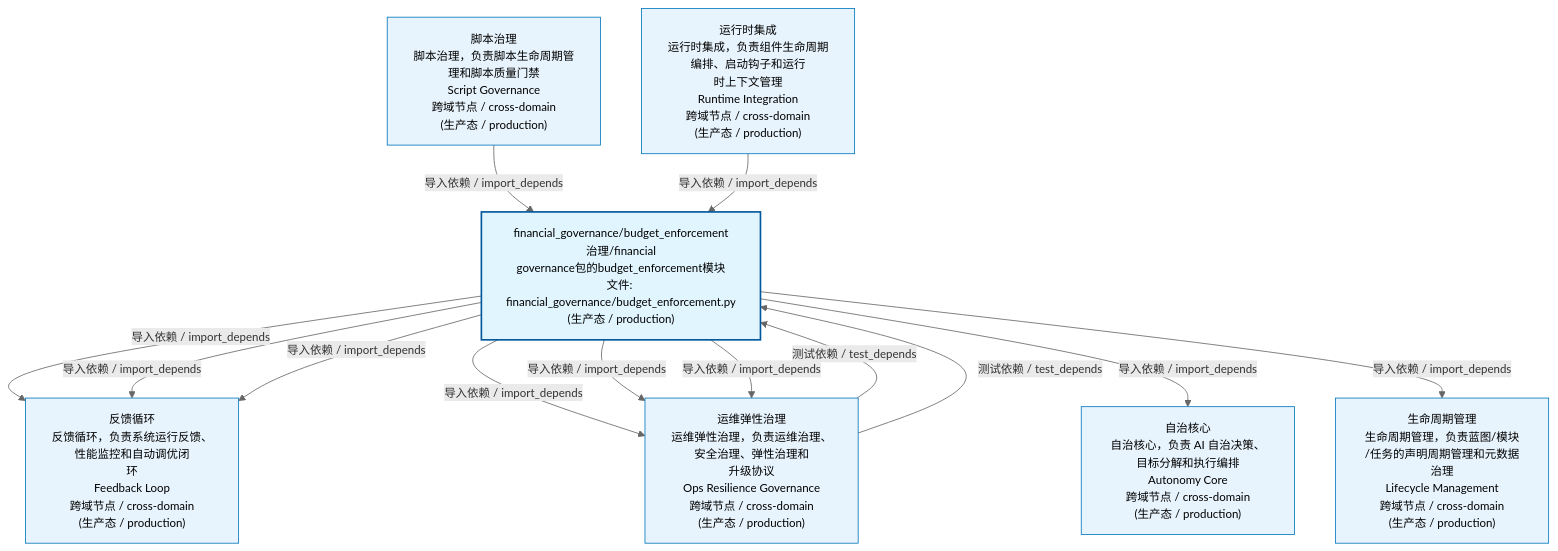
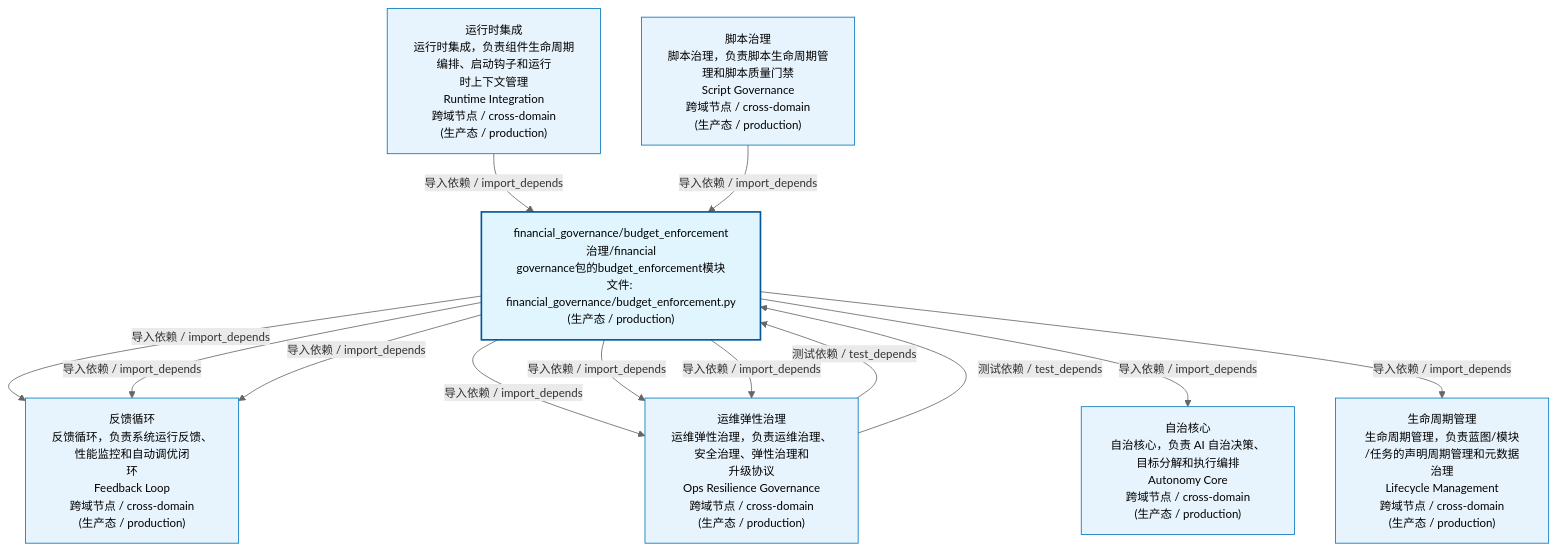
The first of 3 diagrams in docs/02_enterprise_architecture/02_domain_architecture_docs/54_d_gov_repair.md (xuanFelixVan/ZephyrAlpha), drawn with Mermaid before and after one commit. The commit also changed 49 other files, not shown here.

````diff
--- a/docs/02_enterprise_architecture/02_domain_architecture_docs/54_d_gov_repair.md
+++ b/docs/02_enterprise_architecture/02_domain_architecture_docs/54_d_gov_repair.md
@@ -53,29 +53,29 @@
 ```mermaid
 %%{init: {'theme': 'base', 'themeVariables': {'primaryColor': '#eaeaea', 'primaryTextColor': '#333333', 'primaryBorderColor': '#666666', 'lineColor': '#666666', 'secondaryColor': '#eaeaea', 'tertiaryColor': '#eaeaea', 'fontSize': '14px'}}}%%
 flowchart TD
     src_zephyr_governance_financial_governance_budget_enforcement_py["financial_governance/budget_enforcement<br/>治理/financial<br/>governance包的budget_enforcement模块<br/>文件: financial_governance/budget_enforcement.py<br/>(生产态 / production)"]
     D_OPS["反馈循环<br/>反馈循环，负责系统运行反馈、性能监控和自动调优闭<br/>环<br/>Feedback Loop<br/>跨域节点 / cross-domain<br/>(生产态 / production)"]
     src_zephyr_governance_financial_governance_budget_enforcement_py -->|导入依赖 / import_depends| D_OPS
     src_zephyr_governance_financial_governance_budget_enforcement_py -->|导入依赖 / import_depends| D_OPS
     D_GOV_OPS_RESILIENCE["运维弹性治理<br/>运维弹性治理，负责运维治理、安全治理、弹性治理和<br/>升级协议<br/>Ops Resilience Governance<br/>跨域节点 / cross-domain<br/>(生产态 / production)"]
     src_zephyr_governance_financial_governance_budget_enforcement_py -->|导入依赖 / import_depends| D_GOV_OPS_RESILIENCE
     src_zephyr_governance_financial_governance_budget_enforcement_py -->|导入依赖 / import_depends| D_GOV_OPS_RESILIENCE
     src_zephyr_governance_financial_governance_budget_enforcement_py -->|导入依赖 / import_depends| D_OPS
     src_zephyr_governance_financial_governance_budget_enforcement_py -->|导入依赖 / import_depends| D_GOV_OPS_RESILIENCE
     D_AUTONOMY_CORE["自治核心<br/>自治核心，负责 AI 自治决策、目标分解和执行编排<br/>Autonomy Core<br/>跨域节点 / cross-domain<br/>(生产态 / production)"]
     src_zephyr_governance_financial_governance_budget_enforcement_py -->|导入依赖 / import_depends| D_AUTONOMY_CORE
     D_GOVERNANCE["生命周期管理<br/>生命周期管理，负责蓝图/模块<br/>/任务的声明周期管理和元数据治理<br/>Lifecycle Management<br/>跨域节点 / cross-domain<br/>(生产态 / production)"]
     src_zephyr_governance_financial_governance_budget_enforcement_py -->|导入依赖 / import_depends| D_GOVERNANCE
-    D_GOV_SCRIPTS["脚本治理<br/>脚本治理，负责脚本生命周期管理和脚本质量门禁<br/>Script Governance<br/>跨域节点 / cross-domain<br/>(生产态 / production)"]
-    D_GOV_SCRIPTS -->|导入依赖 / import_depends| src_zephyr_governance_financial_governance_budget_enforcement_py
     D_GOV_OPS_RESILIENCE -->|测试依赖 / test_depends| src_zephyr_governance_financial_governance_budget_enforcement_py
     D_GOV_OPS_RESILIENCE -->|测试依赖 / test_depends| src_zephyr_governance_financial_governance_budget_enforcement_py
     D_INFRA_RUNTIME["运行时集成<br/>运行时集成，负责组件生命周期编排、启动钩子和运行<br/>时上下文管理<br/>Runtime Integration<br/>跨域节点 / cross-domain<br/>(生产态 / production)"]
     D_INFRA_RUNTIME -->|导入依赖 / import_depends| src_zephyr_governance_financial_governance_budget_enforcement_py
+    D_GOV_SCRIPTS["脚本治理<br/>脚本治理，负责脚本生命周期管理和脚本质量门禁<br/>Script Governance<br/>跨域节点 / cross-domain<br/>(生产态 / production)"]
+    D_GOV_SCRIPTS -->|导入依赖 / import_depends| src_zephyr_governance_financial_governance_budget_enforcement_py
     classDef production fill:#e1f5fe,stroke:#01579b,stroke-width:2px,color:#000
     classDef design fill:#fff3e0,stroke:#e65100,stroke-width:2px,color:#000,stroke-dasharray: 5 5
     classDef external_prod fill:#e8f4fd,stroke:#0277bd,stroke-width:1px,color:#000
     classDef external_design fill:#fff8e7,stroke:#ef6c00,stroke-width:1px,color:#000,stroke-dasharray: 5 5
     class src_zephyr_governance_financial_governance_budget_enforcement_py production
-    class D_OPS,D_GOV_OPS_RESILIENCE,D_AUTONOMY_CORE,D_GOVERNANCE,D_GOV_SCRIPTS,D_INFRA_RUNTIME external_prod
+    class D_OPS,D_GOV_OPS_RESILIENCE,D_AUTONOMY_CORE,D_GOVERNANCE,D_INFRA_RUNTIME,D_GOV_SCRIPTS external_prod
 ```
````
